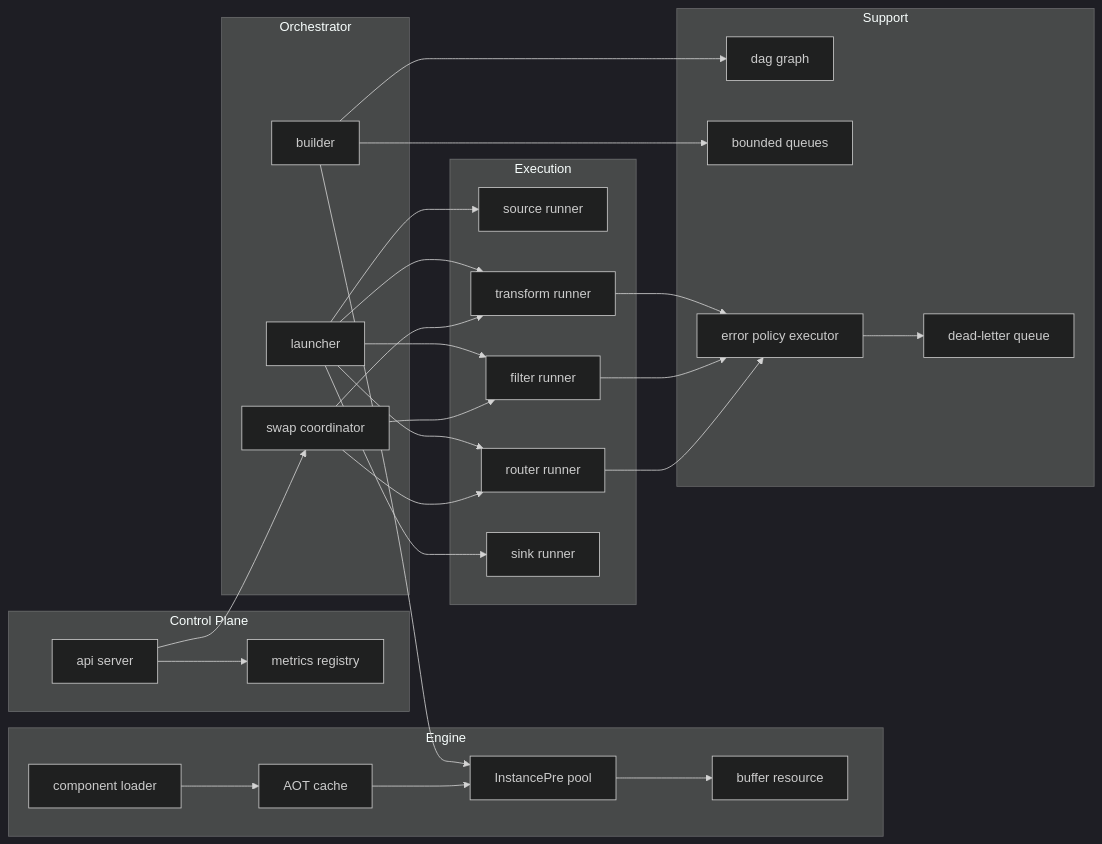
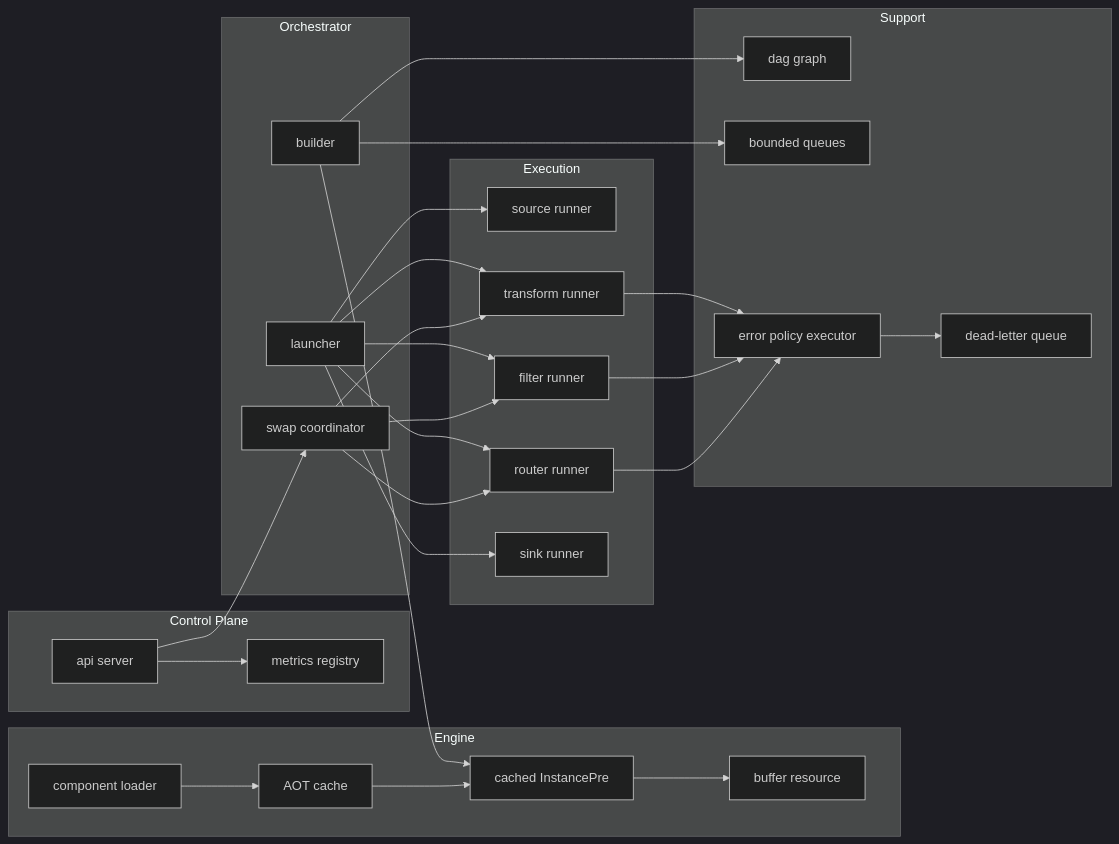
Before and after one commit to PedroKlein/wafer: the third of 3 diagrams in docs/architecture/03-building-blocks.md, drawn with Mermaid (dark theme). The commit also changed other lines of this file and 76 other files, not shown here.

````diff
--- a/docs/architecture/03-building-blocks.md
+++ b/docs/architecture/03-building-blocks.md
@@ -194,50 +198,50 @@
 ```mermaid
 flowchart LR
     subgraph Control Plane
         API[api server]
         METRICS[metrics registry]
     end
 
     subgraph Orchestrator
         BUILDER[builder]
         LAUNCHER[launcher]
         HOTSWAP[swap coordinator]
     end
 
     subgraph Execution
         SRC[source runner]
         TFM[transform runner]
         FLT[filter runner]
         RTR[router runner]
         SNK[sink runner]
     end
 
     subgraph Engine
         LOADER[component loader]
         CACHE[AOT cache]
-        INST[InstancePre pool]
+        INST[cached InstancePre]
         BUF[buffer resource]
     end
 
     subgraph Support
         DAG[dag graph]
         QUEUE[bounded queues]
         DLQ[dead-letter queue]
         EPOL[error policy executor]
     end
 
     API --> HOTSWAP
     API --> METRICS
     BUILDER --> DAG
     BUILDER --> QUEUE
     BUILDER --> INST
     LAUNCHER --> SRC & TFM & FLT & RTR & SNK
     HOTSWAP --> TFM & FLT & RTR
     TFM --> EPOL
     FLT --> EPOL
     RTR --> EPOL
     EPOL --> DLQ
     LOADER --> CACHE
     CACHE --> INST
     INST --> BUF
 ```
````
